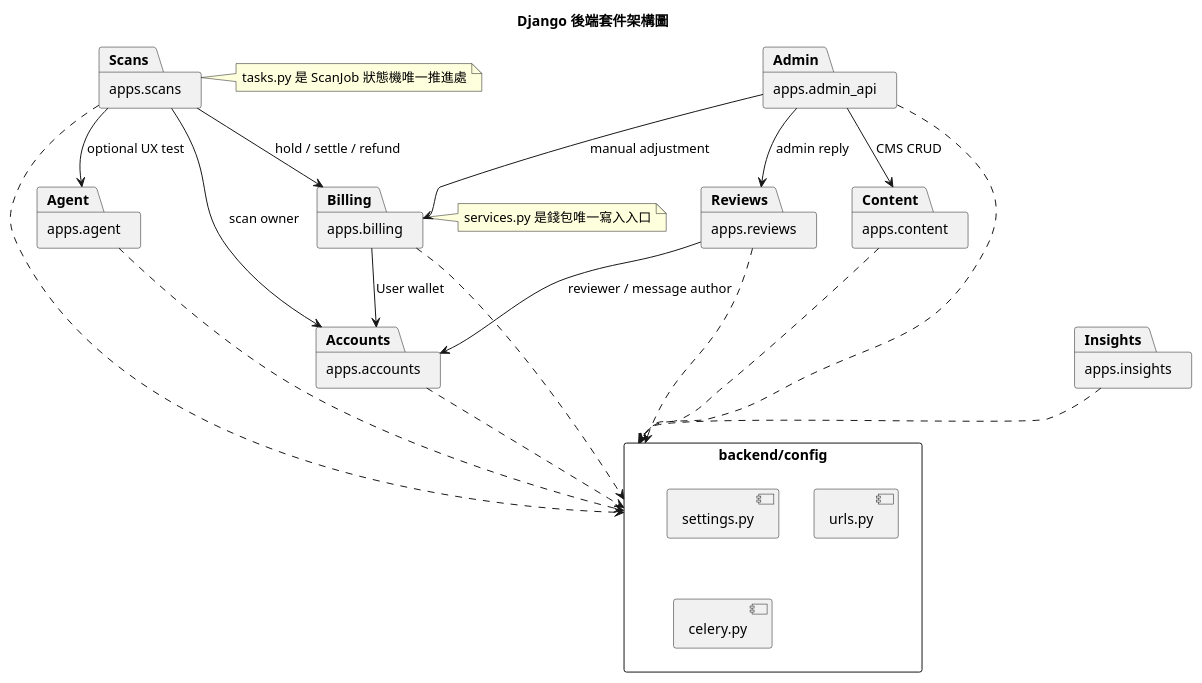
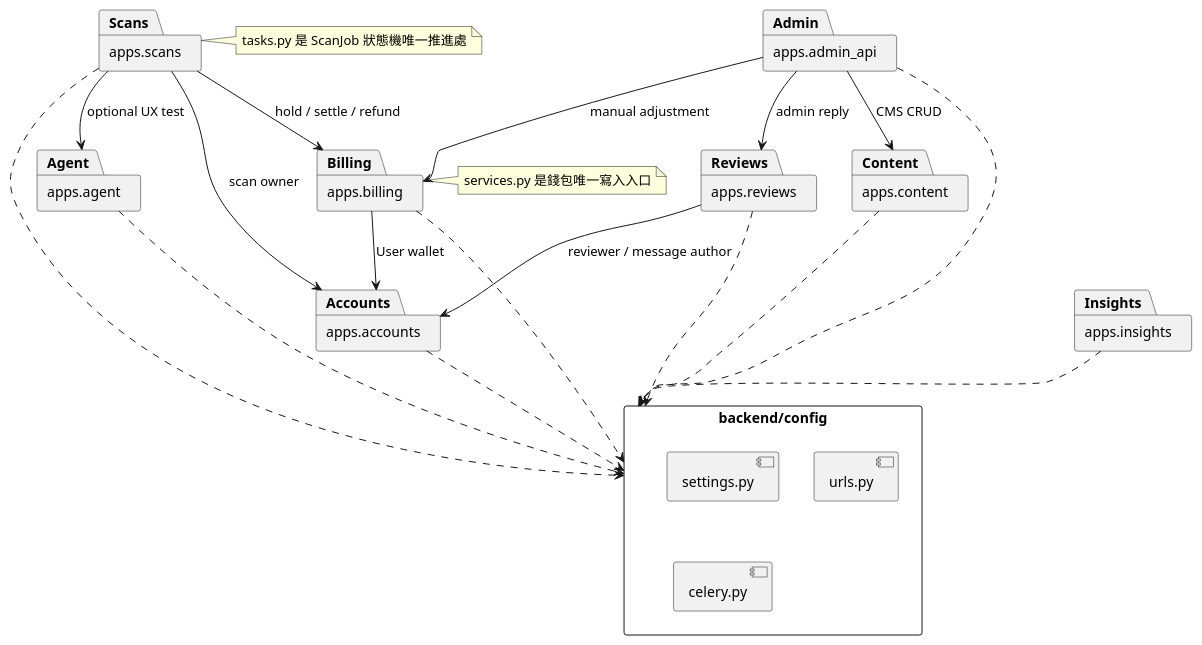
The tenth of 13 diagrams in PlantUML.md (Djude1/Argus), drawn with PlantUML before and after one commit. The commit also changed other lines of this file, not shown here.

First line of the commit message:
fix: remove PlantUML title directives for compatibility

````diff
--- a/PlantUML.md
+++ b/PlantUML.md
@@ -692,49 +683,48 @@
 ```plantuml
 @startuml
-title Django 後端套件架構圖
 skinparam defaultFontName Microsoft JhengHei
 skinparam shadowing false
 skinparam packageStyle rectangle
 
 package "backend/config" as Config {
   [settings.py]
   [urls.py]
   [celery.py]
 }
 
 package "apps.accounts" as Accounts
 package "apps.scans" as Scans
 package "apps.billing" as Billing
 package "apps.reviews" as Reviews
 package "apps.content" as Content
 package "apps.admin_api" as Admin
 package "apps.agent" as Agent
 package "apps.insights" as Insights
 
 Accounts ..> Config
 Scans ..> Config
 Billing ..> Config
 Reviews ..> Config
 Content ..> Config
 Admin ..> Config
 Agent ..> Config
 Insights ..> Config
 
 Scans --> Billing : hold / settle / refund
 Scans --> Agent : optional UX test
 Admin --> Billing : manual adjustment
 Admin --> Reviews : admin reply
 Admin --> Content : CMS CRUD
 Billing --> Accounts : User wallet
 Reviews --> Accounts : reviewer / message author
 Scans --> Accounts : scan owner
 
 note right of Billing
   services.py 是錢包唯一寫入入口
 end note
 
 note right of Scans
   tasks.py 是 ScanJob 狀態機唯一推進處
 end note
 @enduml
 ```
````
